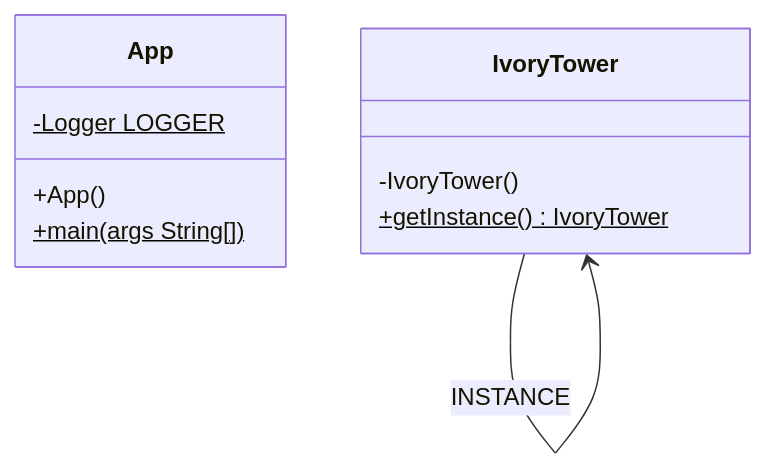
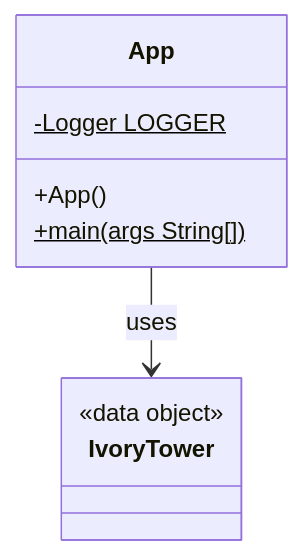
Before and after one commit to yonatankarp/kotlin-design-patterns: the diagram in singleton/README.md, drawn with Mermaid. The commit also changed 8 other files, not shown here.

First line of the commit message:
Fix Mermaid diagrams to match actual Kotlin implementations

````diff
--- a/singleton/README.md
+++ b/singleton/README.md
@@ -77,13 +77,12 @@
 ```mermaid
 classDiagram
     class App {
         -Logger LOGGER$
         +App()
         +main(args String[])$
     }
     class IvoryTower {
-        -IvoryTower()
-        +getInstance() IvoryTower$
+        <<data object>>
     }
-    IvoryTower --> IvoryTower : INSTANCE
+    App --> IvoryTower : uses
 ```
````
